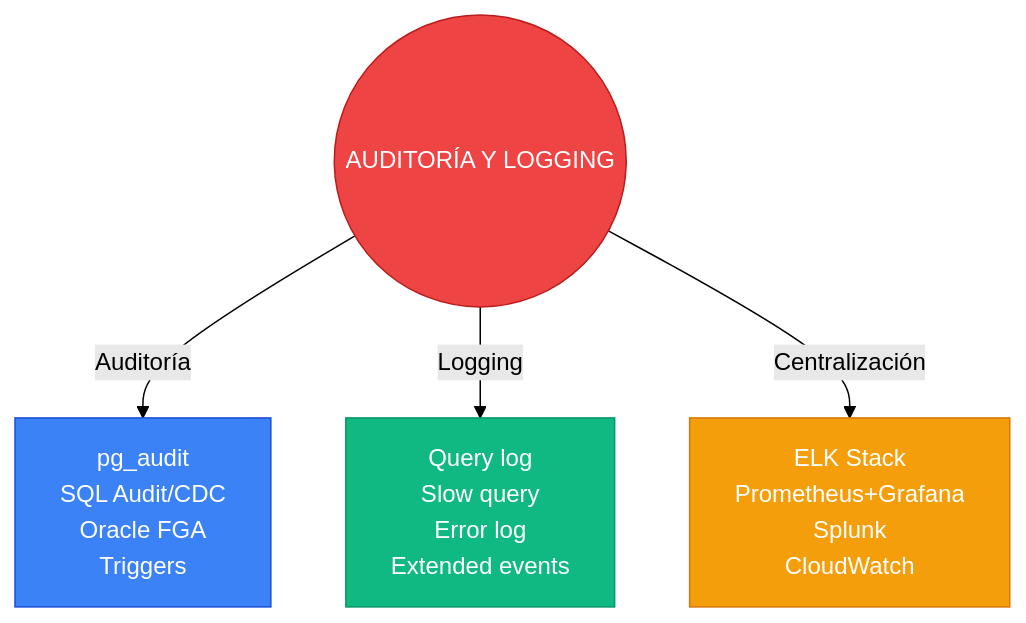
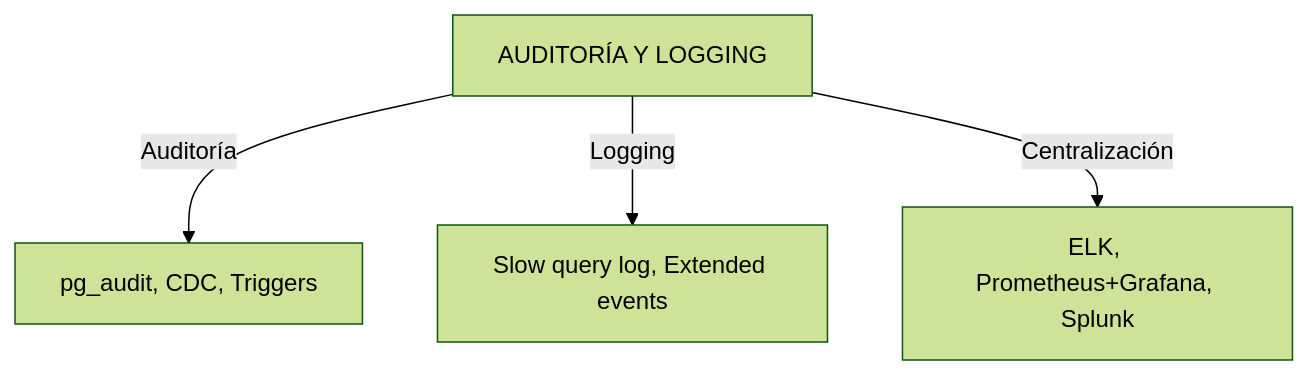
Before and after one commit to rraulherediaa/PracticasEstructurasDatos: diagram 11 of 12 in diagramas.md, drawn with Mermaid (forest theme). The commit also changed other lines of this file and 1 other file, not shown here.

Commit message:
fix: simplificar diagramas Mermaid al máximo para asegurar compatibilidad total

````diff
--- a/diagramas.md
+++ b/diagramas.md
@@ -229,17 +135,8 @@
 ```mermaid
 flowchart TD
-    Sec(("AUDITORÍA Y LOGGING"))
+    Sec["AUDITORÍA Y LOGGING"]
     
-    Sec -->|Auditoría| AUD["pg_audit<br/>SQL Audit/CDC<br/>Oracle FGA<br/>Triggers"]
-    Sec -->|Logging| LOG["Query log<br/>Slow query<br/>Error log<br/>Extended events"]
-    Sec -->|Centralización| CEN["ELK Stack<br/>Prometheus+Grafana<br/>Splunk<br/>CloudWatch"]
-
-    classDef central fill:#ef4444,color:#fff,stroke:#b91c1c
-    classDef audit fill:#3b82f6,color:#fff,stroke:#1d4ed8
-    classDef log fill:#10b981,color:#fff,stroke:#059669
-    classDef centralize fill:#f59e0b,color:#fff,stroke:#d97706
-    class Sec central
-    class AUD audit
-    class LOG log
-    class CEN centralize
+    Sec -->|Auditoría| AUD["pg_audit, CDC, Triggers"]
+    Sec -->|Logging| LOG["Slow query log, Extended events"]
+    Sec -->|Centralización| CEN["ELK, Prometheus+Grafana, Splunk"]
 ```
````
